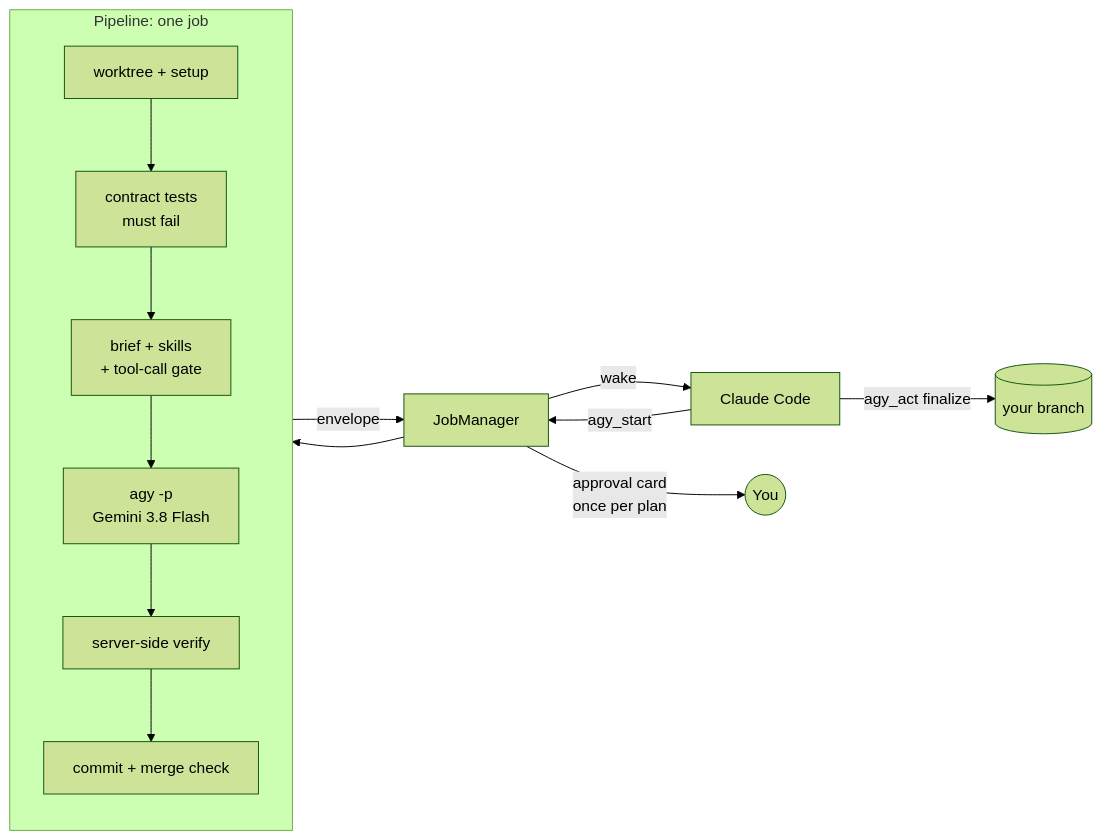
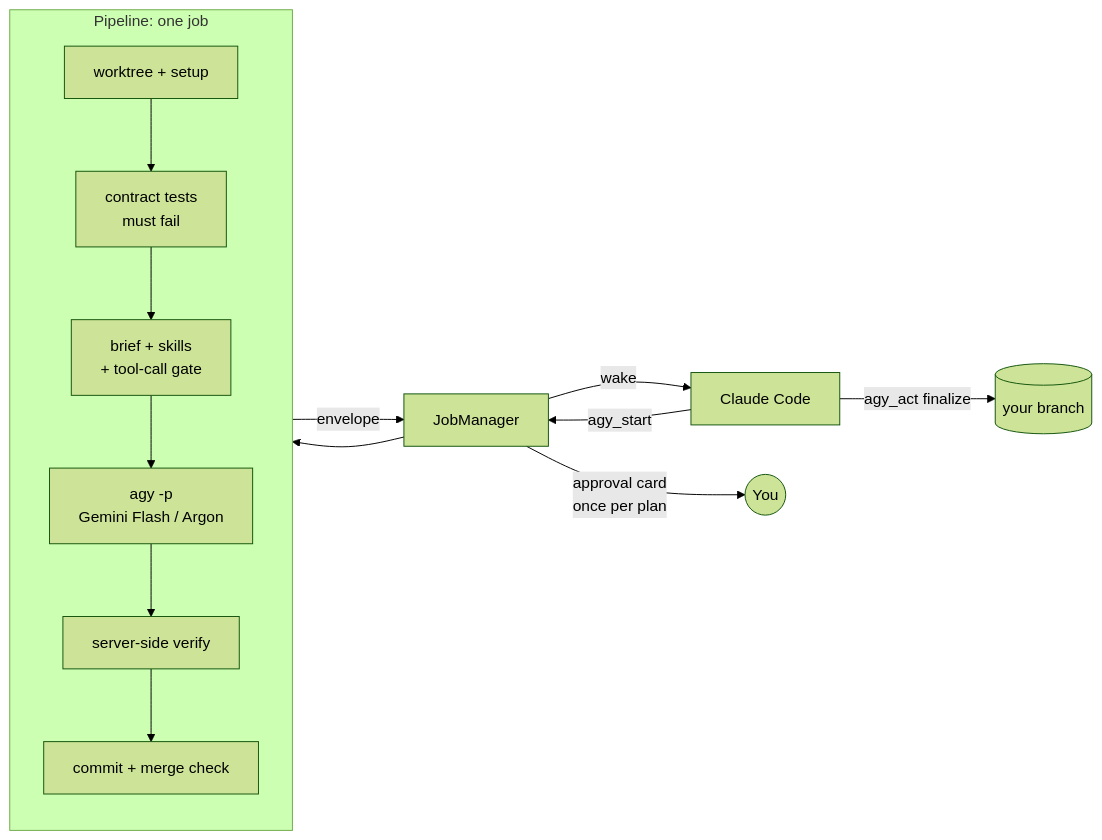
One commit to Wegito/agy-foreman changed the diagram in README.md. Above: the diagram before and after it, drawn with Mermaid (forest theme). The commit also changed other lines of this file and 4 other files, not shown here.

````diff
--- a/README.md
+++ b/README.md
@@ -60,13 +60,13 @@
 ```mermaid
 flowchart LR
     C[Claude Code] -- agy_start --> J[JobManager]
     J -- approval card<br/>once per plan --> U((You))
     J --> P[Pipeline]
     subgraph P[Pipeline: one job]
       direction TB
-      W[worktree + setup] --> R[contract tests<br/>must fail] --> B[brief + skills<br/>+ tool-call gate] --> A[agy -p<br/>Gemini 3.8 Flash] --> V[server-side verify] --> M[commit + merge check]
+      W[worktree + setup] --> R[contract tests<br/>must fail] --> B[brief + skills<br/>+ tool-call gate] --> A[agy -p<br/>Gemini Flash / Argon] --> V[server-side verify] --> M[commit + merge check]
     end
     P -- envelope --> J
     J -- wake --> C
     C -- agy_act finalize --> G[(your branch)]
 ```
````
